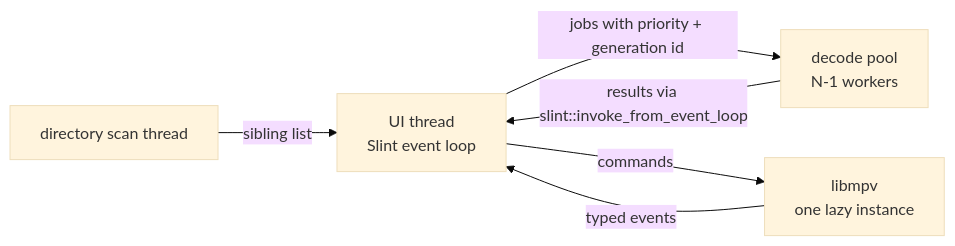
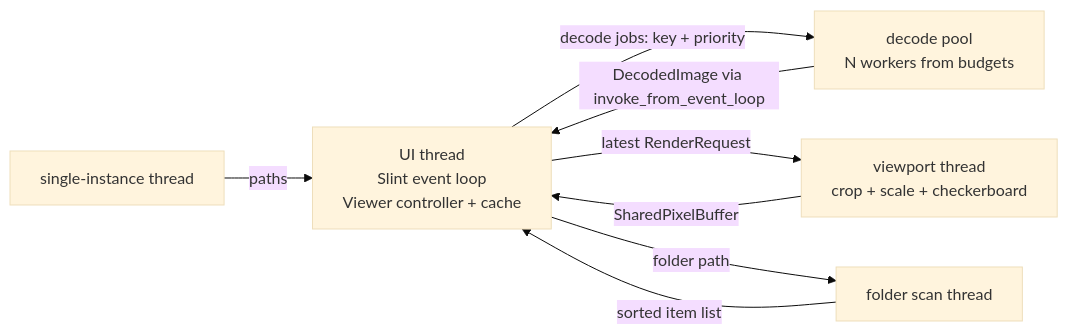
One commit to morabeeh/kinora changed the second of 2 diagrams in docs/ARCHITECTURE.md. Above: the diagram before and after it, drawn with Mermaid (base theme). The commit also changed other lines of this file and 13 other files, not shown here.

Commit message:
docs: Phase 2 architecture, changelog, manual test plan and learning notes 09-16

````diff
--- a/docs/ARCHITECTURE.md
+++ b/docs/ARCHITECTURE.md
@@ -30,8 +43,10 @@
 ```mermaid
 graph LR
-    UI[UI thread<br/>Slint event loop] -- jobs with priority + generation id --> Pool[decode pool<br/>N-1 workers]
-    Pool -- results via slint::invoke_from_event_loop --> UI
-    UI -- commands --> MPV[libmpv<br/>one lazy instance]
-    MPV -- typed events --> UI
-    Scan[directory scan thread] -- sibling list --> UI
+    UI[UI thread<br/>Slint event loop<br/>Viewer controller + cache] -- decode jobs: key + priority --> Pool[decode pool<br/>N workers from budgets]
+    Pool -- DecodedImage via invoke_from_event_loop --> UI
+    UI -- latest RenderRequest --> R[viewport thread<br/>crop + scale + checkerboard]
+    R -- SharedPixelBuffer --> UI
+    UI -- folder path --> S[folder scan thread]
+    S -- sorted item list --> UI
+    IPC[single-instance thread] -- paths --> UI
 ```
````
